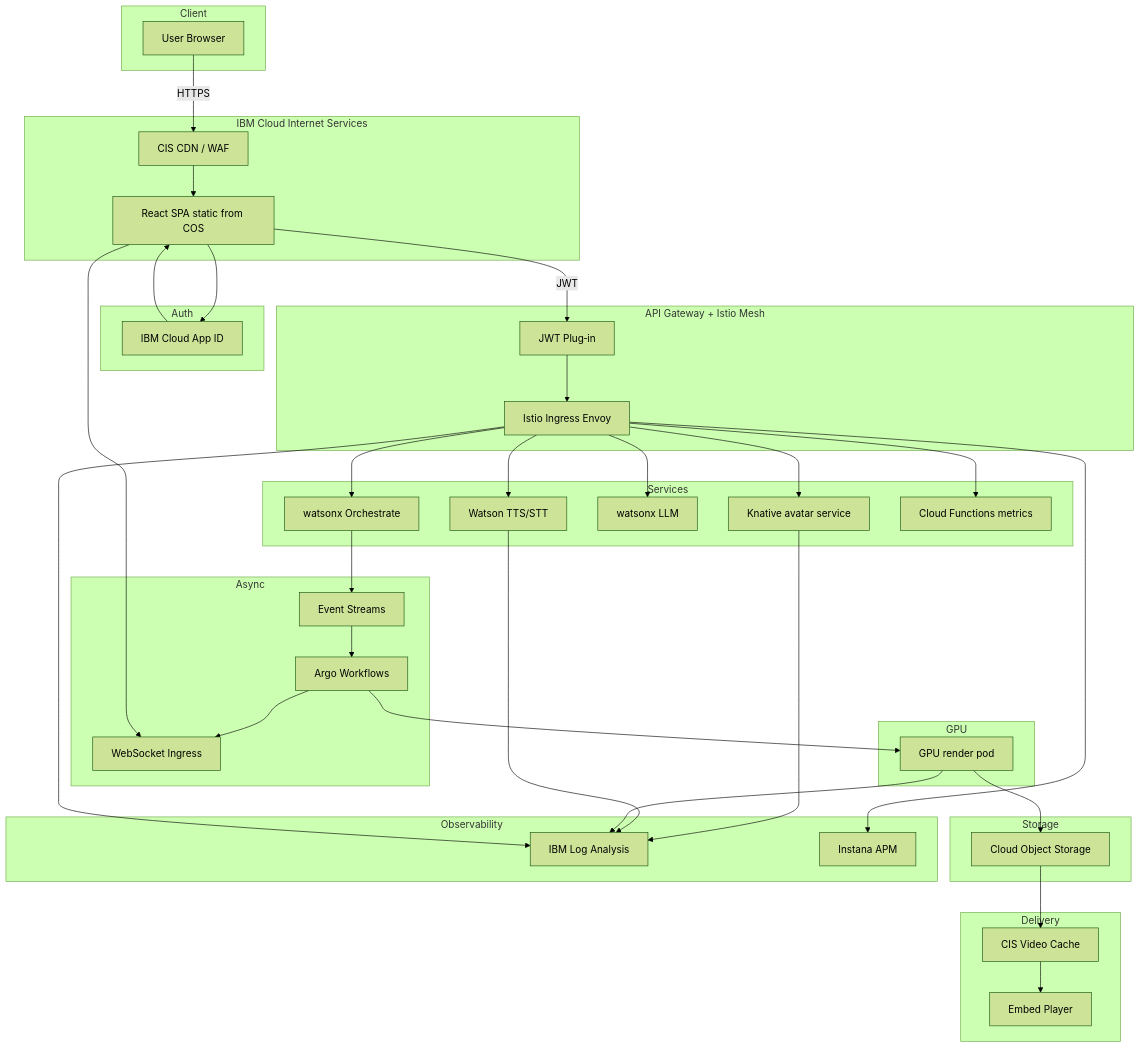
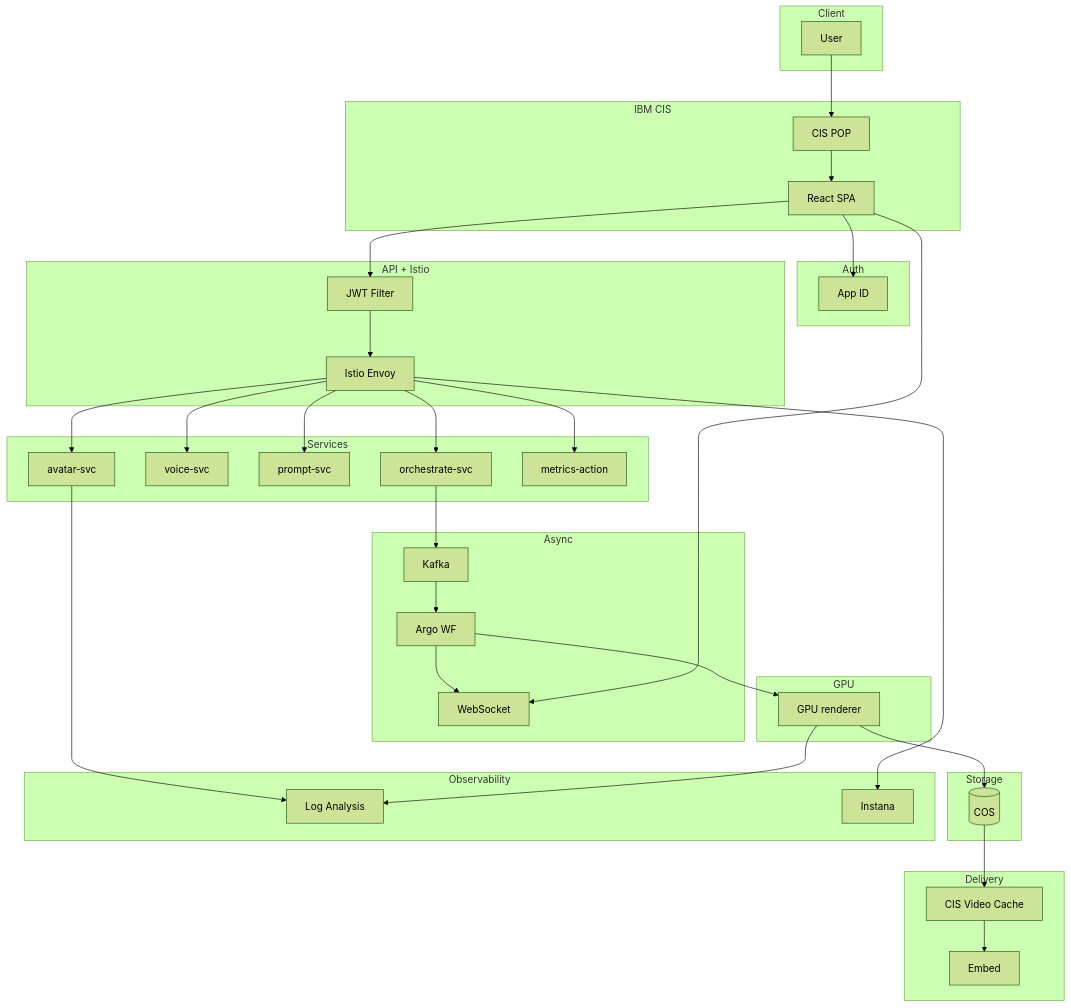
Before and after one commit to ruslanmv/watsonx-videogenie: the diagram in docs/README.md, drawn with Mermaid (forest theme). The commit also changed other lines of this file and 70 other files, not shown here.

````diff
--- a/docs/README.md
+++ b/docs/README.md
@@ -108,63 +149,52 @@
 ```mermaid
 flowchart TD
-    subgraph Client
-        U[User Browser]
-    end
-    subgraph Edge[IBM Cloud Internet Services]
-        CISCDN[CIS CDN / WAF]
-        SPA[React SPA static from COS]
-    end
-    U -- HTTPS --> CISCDN
-    CISCDN --> SPA
-    subgraph Auth
-        AppID[IBM Cloud App ID]
-    end
-    SPA --> AppID
-    AppID --> SPA
-    subgraph APIGW[API Gateway + Istio Mesh]
-        JWTAuth[JWT Plug‑in]
-        IstioEnvoy[Istio Ingress Envoy]
-    end
-    SPA -- JWT --> JWTAuth --> IstioEnvoy
-    subgraph Services
-        AvatarSvc[Knative avatar service]
-        VoiceSvc[Watson TTS/STT]
-        PromptSvc[watsonx LLM]
-        OrchestrateSvc[watsonx Orchestrate]
-        MetricsSvc[Cloud Functions metrics]
-    end
-    IstioEnvoy --> AvatarSvc
-    IstioEnvoy --> VoiceSvc
-    IstioEnvoy --> PromptSvc
-    IstioEnvoy --> OrchestrateSvc
-    IstioEnvoy --> MetricsSvc
-    subgraph Async
-        Kafka[Event Streams]
-        Argo[Argo Workflows]
-        WS[WebSocket Ingress]
-    end
-    OrchestrateSvc --> Kafka --> Argo --> WS
-    SPA --> WS
-    subgraph GPU
-        Renderer[GPU render pod]
-    end
-    Argo --> Renderer
-    subgraph Storage
-        COS[Cloud Object Storage]
-    end
-    Renderer --> COS
-    subgraph Delivery
-        CISVid[CIS Video Cache]
-        Player[Embed Player]
-    end
-    COS --> CISVid --> Player
-    subgraph Observability
-        Logs[IBM Log Analysis]
-        Instana[Instana APM]
-    end
-    AvatarSvc --> Logs
-    VoiceSvc  --> Logs
-    Renderer  --> Logs
-    IstioEnvoy --> Logs
-    IstioEnvoy --> Instana
+  subgraph Client
+    U[User]
+  end
+  subgraph Edge[IBM CIS]
+    CDN[CIS POP] --> SPA[React SPA]
+  end
+  U --> CDN
+  subgraph Auth
+    AppID[App ID]
+  end
+  SPA --> AppID
+  subgraph Gateway[API + Istio]
+    JWT[JWT Filter] --> Mesh[Istio Envoy]
+  end
+  SPA --> JWT
+  subgraph Services
+    Avatar[avatar‑svc]
+    Voice[voice‑svc]
+    Prompt[prompt‑svc]
+    Orch[orchestrate‑svc]
+    Metrics[metrics‑action]
+  end
+  Mesh --> Avatar & Voice & Prompt & Orch & Metrics
+  subgraph Async
+    ES[Kafka] --> WF[Argo WF]
+    WS[WebSocket]
+  end
+  Orch --> ES
+  WF --> WS
+  SPA --> WS
+  subgraph GPU
+    Rend[GPU renderer]
+  end
+  WF --> Rend
+  subgraph Storage
+    COS[(COS)]
+  end
+  Rend --> COS
+  subgraph Delivery
+    VID[CIS Video Cache] --> Player[Embed]
+  end
+  COS --> VID
+  subgraph Observability
+    Logs[Log Analysis]
+    Inst[Instana]
+  end
+  Avatar --> Logs
+  Rend --> Logs
+  Mesh --> Inst
 ```
````
